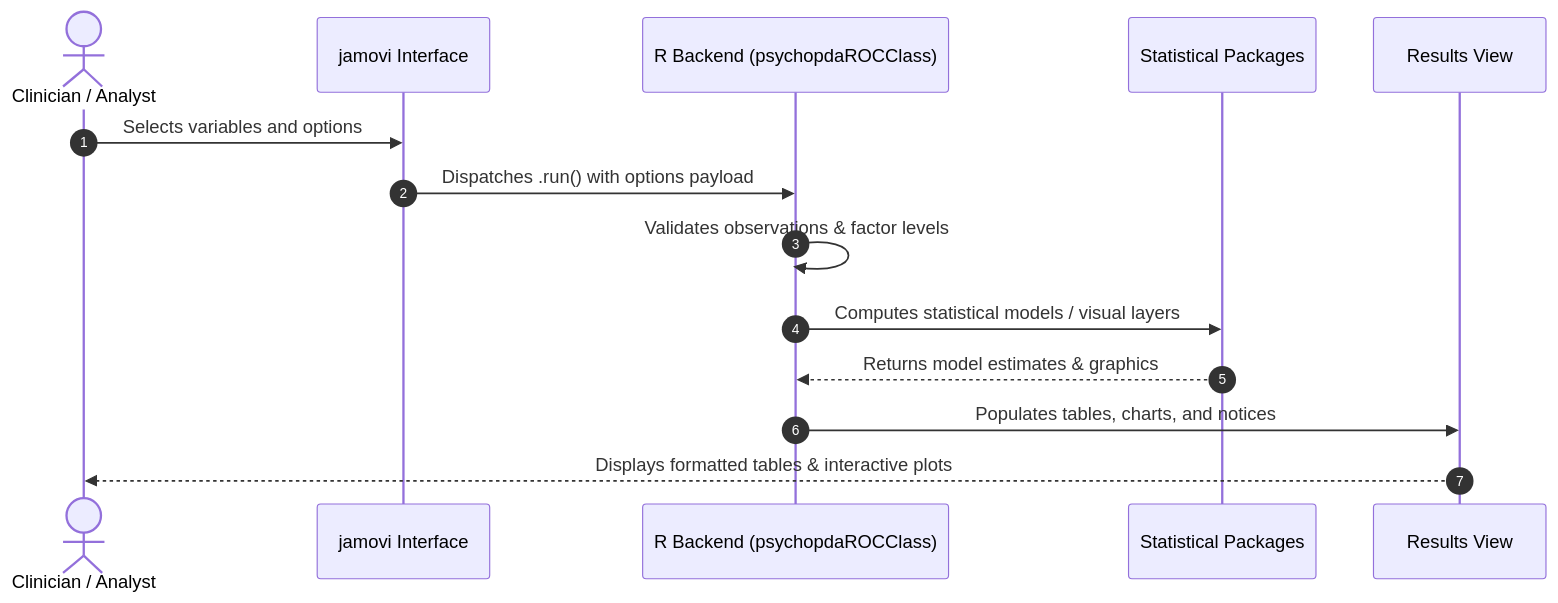
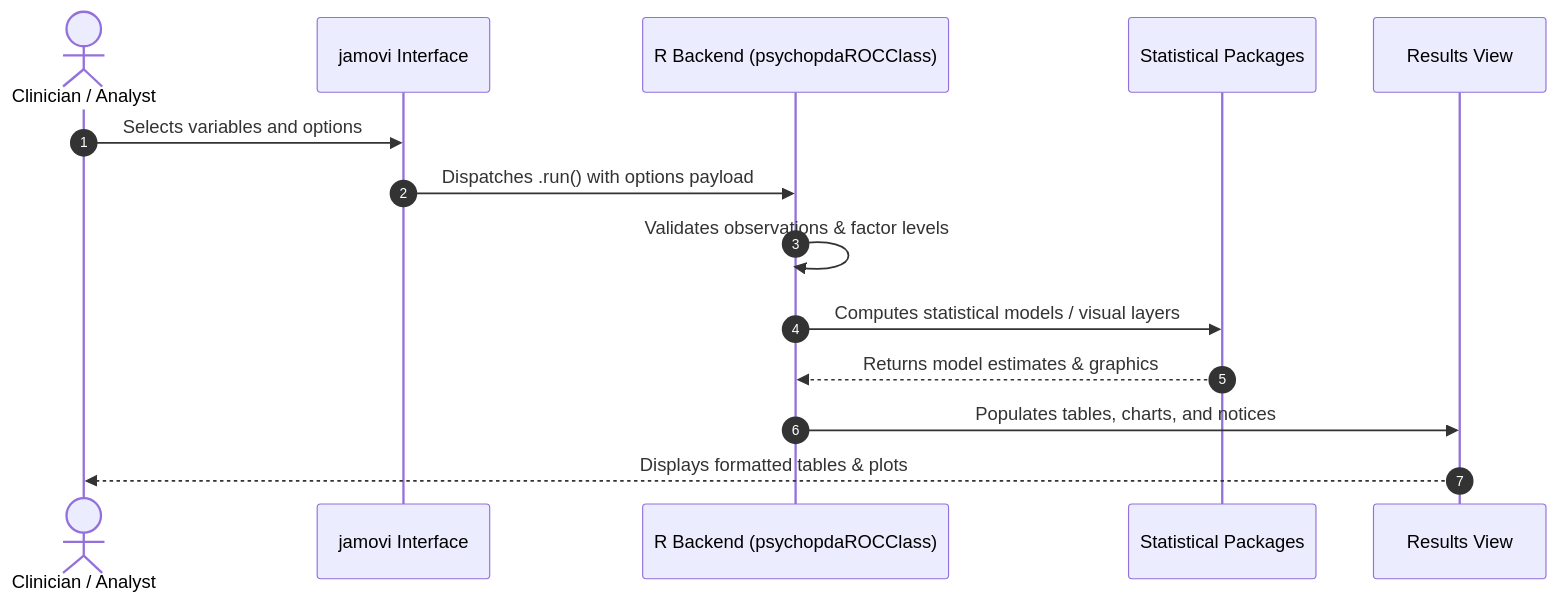
The second of 2 diagrams in vignettes/psychopdaROC-documentation.md (sbalci/ClinicoPathJamoviModule), drawn with Mermaid before and after one commit. The commit also changed other lines of this file and 61 other files, not shown here.

````diff
--- a/vignettes/psychopdaROC-documentation.md
+++ b/vignettes/psychopdaROC-documentation.md
@@ -190,17 +240,17 @@
 ```mermaid
 sequenceDiagram
   autonumber
   actor User as Clinician / Analyst
   participant UI as jamovi Interface
   participant Backend as R Backend (psychopdaROCClass)
   participant Engine as Statistical Packages
   participant Results as Results View
 
   User->>UI: Selects variables and options
   UI->>Backend: Dispatches .run() with options payload
   Backend->>Backend: Validates observations & factor levels
   Backend->>Engine: Computes statistical models / visual layers
   Engine-->>Backend: Returns model estimates & graphics
   Backend->>Results: Populates tables, charts, and notices
-  Results-->>User: Displays formatted tables & interactive plots
+  Results-->>User: Displays formatted tables & plots
 ```
````
